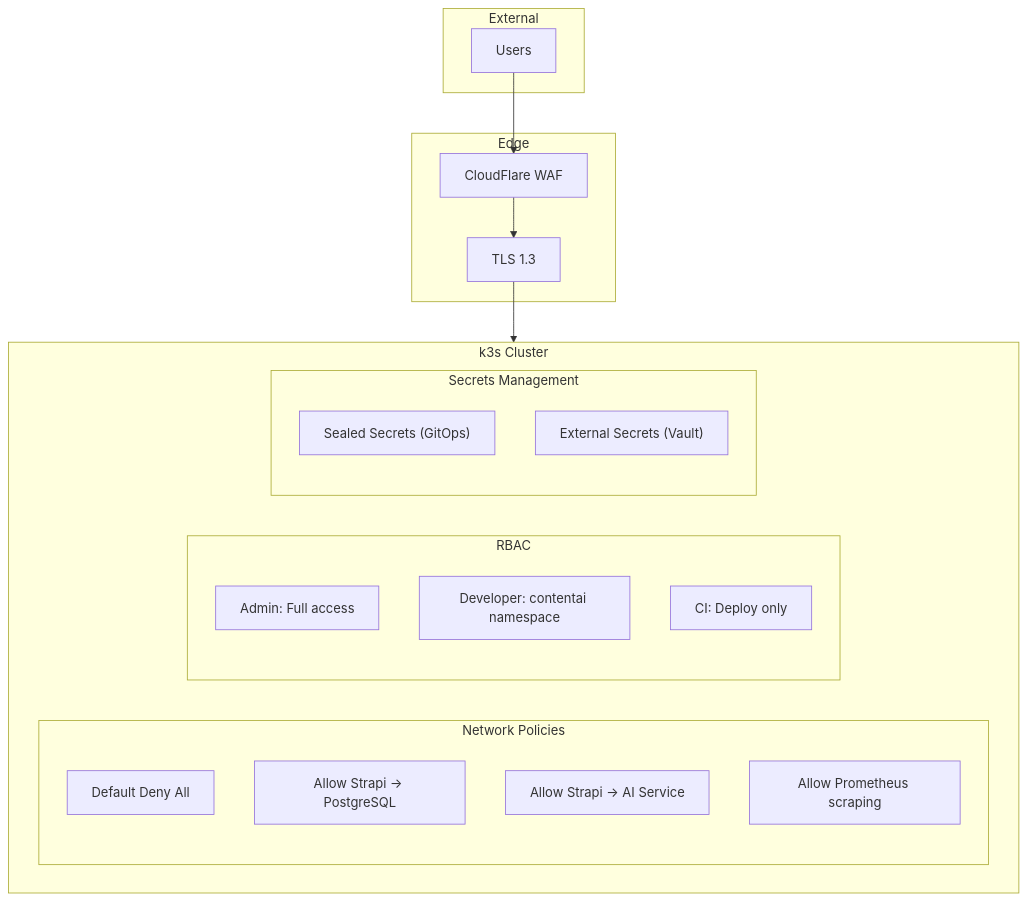
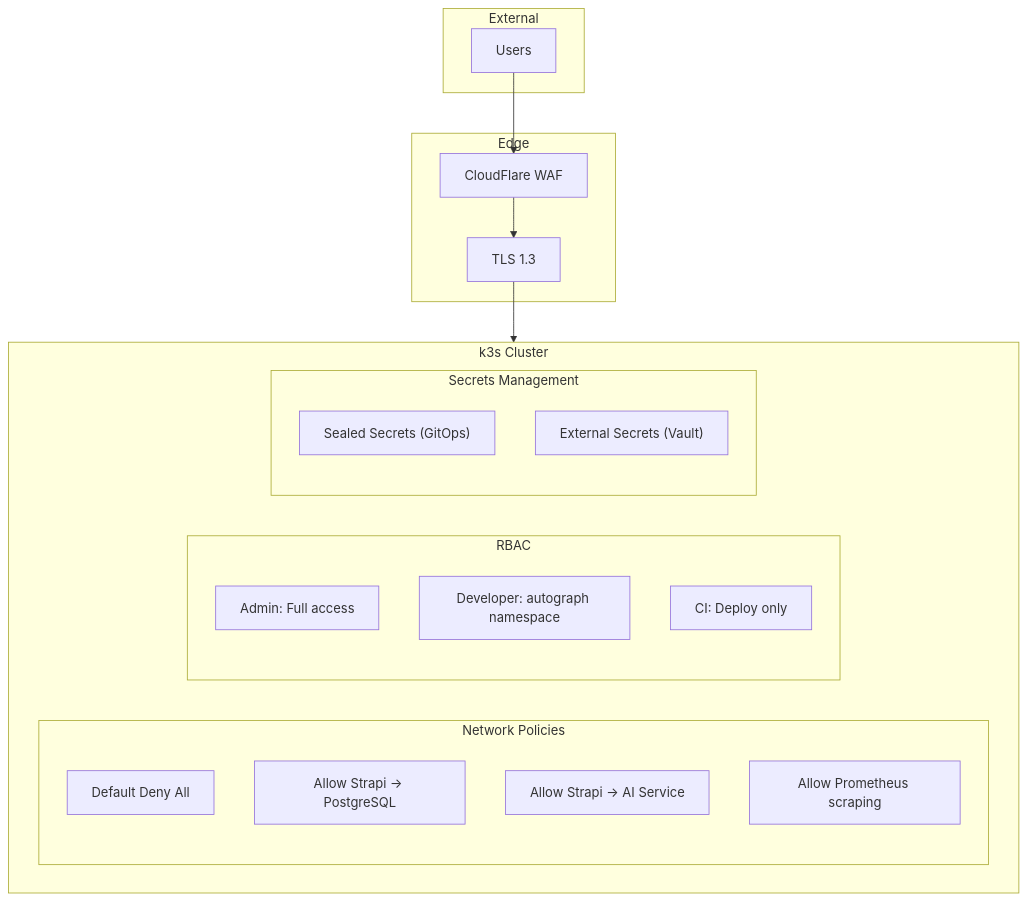
Before and after one commit to PearlThoughtsInternship/Internship-Obsidian-Vault: diagram 11 of 11 in DevOps/02-Engineering/01-Architecture.md, drawn with Mermaid. The commit also changed other lines of this file and 8 other files, not shown here.

````diff
--- a/DevOps/02-Engineering/01-Architecture.md
+++ b/DevOps/02-Engineering/01-Architecture.md
@@ -440,33 +440,33 @@
 ```mermaid
 flowchart TB
     subgraph External["External"]
         User["Users"]
     end
 
     subgraph Edge["Edge"]
         WAF["CloudFlare WAF"]
         TLS["TLS 1.3"]
     end
 
     subgraph Cluster["k3s Cluster"]
         subgraph NetworkPolicies["Network Policies"]
             NP1["Default Deny All"]
             NP2["Allow Strapi → PostgreSQL"]
             NP3["Allow Strapi → AI Service"]
             NP4["Allow Prometheus scraping"]
         end
 
         subgraph RBAC["RBAC"]
             R1["Admin: Full access"]
-            R2["Developer: contentai namespace"]
+            R2["Developer: autograph namespace"]
             R3["CI: Deploy only"]
         end
 
         subgraph Secrets["Secrets Management"]
             S1["Sealed Secrets (GitOps)"]
             S2["External Secrets (Vault)"]
         end
     end
 
     User --> WAF --> TLS --> Cluster
 ```
````
